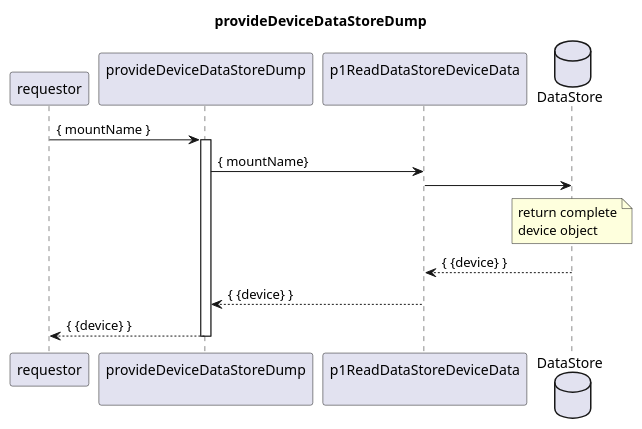
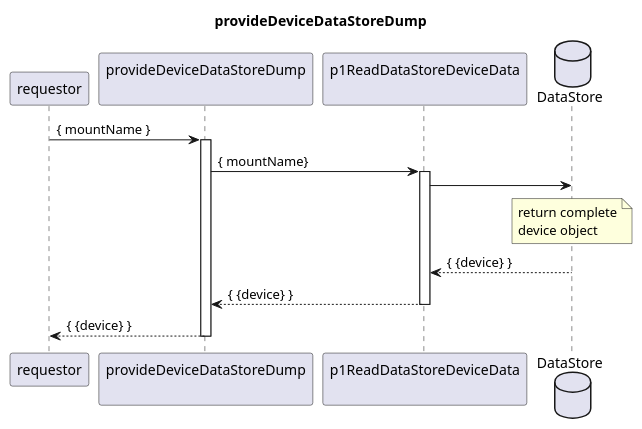
Before and after one commit to openBackhaul/DevicePerformanceManagementDataProcessor: the diagram in spec/Services/provideDeviceDataStoreDump/provideDeviceDataStoreDump.plantuml, drawn with PlantUML. The commit also changed 1 other file, not shown here.

```diff
--- a/spec/Services/provideDeviceDataStoreDump/provideDeviceDataStoreDump.plantuml
+++ b/spec/Services/provideDeviceDataStoreDump/provideDeviceDataStoreDump.plantuml
@@ -1,33 +1,34 @@
 @startuml provideDeviceDataStoreDump
 skinparam responseMessageBelowArrequestorw true
 
 title
   provideDeviceDataStoreDump
 end title
 
 participant "requestor" as requestor
 participant "provideDeviceDataStoreDump\n" as cur
 participant "p1ReadDataStoreDeviceData\n" as p1Read
 database "DataStore" as ds
 
 
 requestor -> cur: { mountName }
 activate cur
 
   cur -> p1Read: { mountName}
+  activate p1Read
 
+    p1Read -> ds
+      note over ds
+        return complete
+        device object
+      end note
+    p1Read <-- ds: { {device} }
 
+    cur <-- p1Read: { {device} }
 
-  p1Read -> ds
-    note over ds
-      return complete
-      device object
-    end note
-  p1Read <-- ds: { {device} }
-
-  cur <-- p1Read: { {device} }
+  deactivate p1Read
 
   requestor <-- cur: { {device} }
 deactivate cur
 
 @enduml
```
